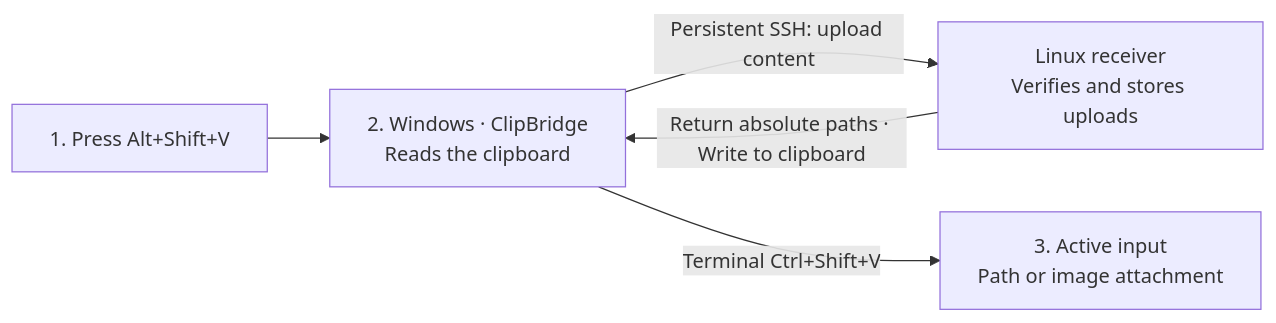
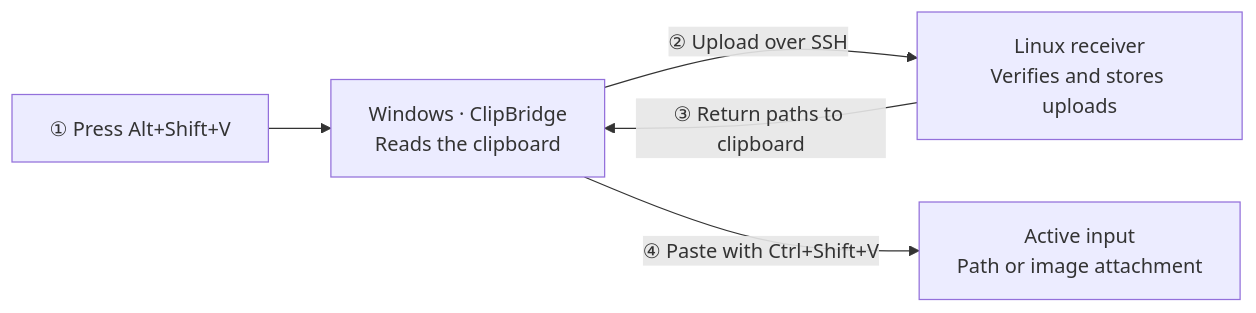
One commit to NewbieToEverything/clip-win-linux changed the second of 2 diagrams in README.md. Above: the diagram before and after it, drawn with Mermaid. The commit also changed 1 other file, not shown here.

Commit message:
Number the upload, reply, and paste arrows

````diff
--- a/README.md
+++ b/README.md
@@ -26,7 +26,7 @@
 ```mermaid
 flowchart LR
-    H["1. Press Alt+Shift+V"] --> W["2. Windows · ClipBridge<br/>Reads the clipboard"]
-    W -->|"Persistent SSH: upload content"| L["Linux receiver<br/>Verifies and stores uploads"]
-    L -->|"Return absolute paths · Write to clipboard"| W
-    W -->|"Terminal Ctrl+Shift+V"| A["3. Active input<br/>Path or image attachment"]
+    H["① Press Alt+Shift+V"] --> W["Windows · ClipBridge<br/>Reads the clipboard"]
+    W -->|"② Upload over SSH"| L["Linux receiver<br/>Verifies and stores uploads"]
+    L -->|"③ Return paths to clipboard"| W
+    W -->|"④ Paste with Ctrl+Shift+V"| A["Active input<br/>Path or image attachment"]
 ```
````
